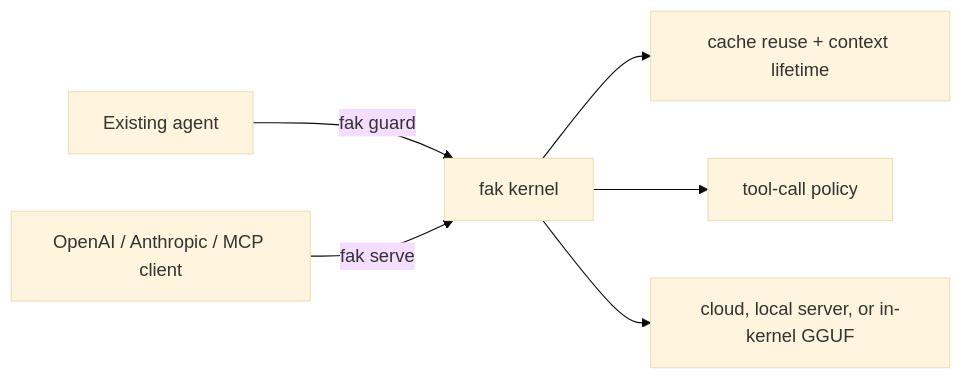
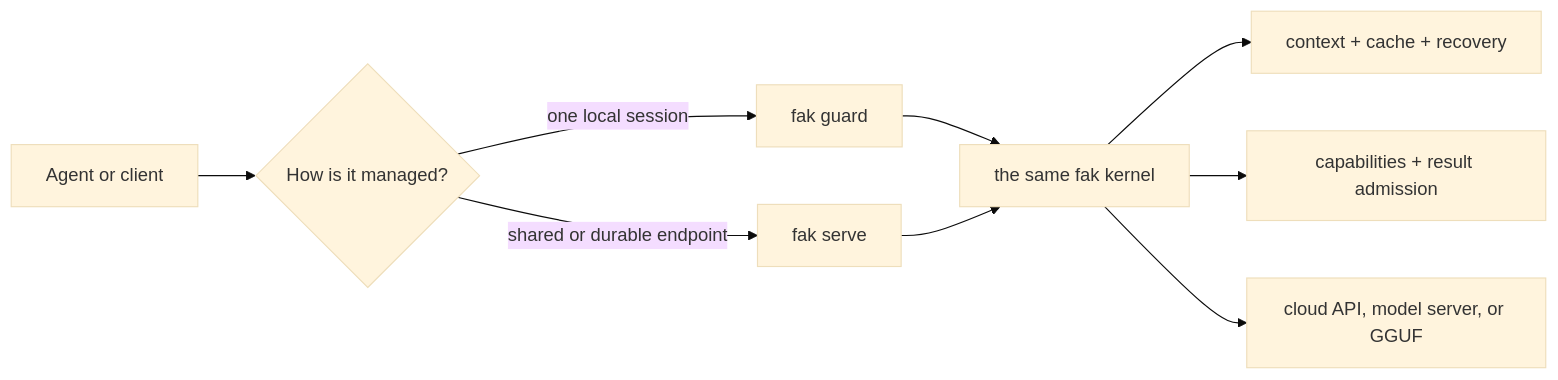
Before and after one commit to anthony-chaudhary/fak: the diagram in README.md, drawn with Mermaid (base theme). The commit also changed other lines of this file, not shown here.

Commit message:
docs(readme): define managed-agent topology (fak docs)

````diff
--- a/README.md
+++ b/README.md
@@ -24,8 +27,11 @@
 ```mermaid
 flowchart LR
-    A[Existing agent] -->|fak guard| K[fak kernel]
-    C[OpenAI / Anthropic / MCP client] -->|fak serve| K
-    K --> R[cache reuse + context lifetime]
-    K --> P[tool-call policy]
-    K --> U[cloud, local server, or in-kernel GGUF]
+    A[Agent or client] --> G{How is it managed?}
+    G -->|one local session| Guard[fak guard]
+    G -->|shared or durable endpoint| Serve[fak serve]
+    Guard --> K[the same fak kernel]
+    Serve --> K
+    K --> M[context + cache + recovery]
+    K --> P[capabilities + result admission]
+    K --> B[cloud API, model server, or GGUF]
 ```
````
